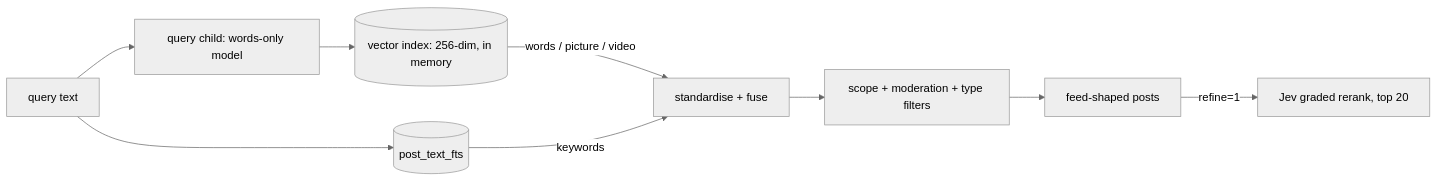
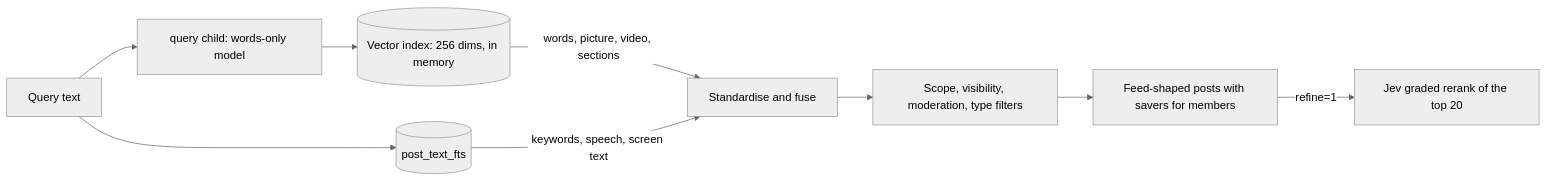
Before and after one commit to itsmemeworks/adhx: the ninth of 9 diagrams in ARCHITECTURE.md, drawn with Mermaid (neutral theme). The commit also changed other lines of this file and 6 other files, not shown here.

````diff
--- a/ARCHITECTURE.md
+++ b/ARCHITECTURE.md
@@ -502,11 +834,11 @@
 ```mermaid
 flowchart LR
-  Q[query text] --> C[query child: words-only model]
-  C --> V[(vector index: 256-dim, in memory)]
-  Q --> K[(post_text_fts)]
-  V -->|words / picture / video| F[standardise + fuse]
-  K -->|keywords| F
-  F --> P[scope + moderation + type filters]
-  P --> I[feed-shaped posts]
-  I -->|refine=1| J[Jev graded rerank, top 20]
+  Q["Query text"] --> C["query child: words-only model"]
+  C --> V[("Vector index: 256 dims, in memory")]
+  Q --> K[("post_text_fts")]
+  V -->|"words, picture, video, sections"| F["Standardise and fuse"]
+  K -->|"keywords, speech, screen text"| F
+  F --> P["Scope, visibility, moderation, type filters"]
+  P --> I["Feed-shaped posts with savers for members"]
+  I -->|"refine=1"| J["Jev graded rerank of the top 20"]
 ```
````
